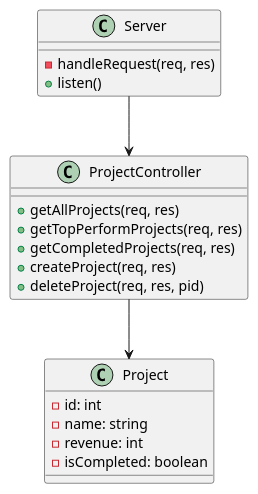
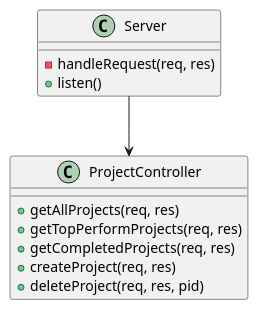
Before and after one commit to haturusinghe/project-dashboard-angular: the diagram in diagrams/nodejs/nodejs.md, drawn with PlantUML. The commit also changed 1 other file, not shown here.

Commit message:
updated diagreams

````diff
--- a/diagrams/nodejs/nodejs.md
+++ b/diagrams/nodejs/nodejs.md
@@ -1,31 +3,23 @@
 ```plantuml
 
 @startuml
 class ProjectController {
   +getAllProjects(req, res)
   +getTopPerformProjects(req, res)
   +getCompletedProjects(req, res)
   +createProject(req, res)
   +deleteProject(req, res, pid)
 }
 
 class Server {
   -handleRequest(req, res)
   +listen()
 }
 
-class Project {
-  -id: int
-  -name: string
-  -revenue: int
-  -isCompleted: boolean
-}
-
-ProjectController --> Project 
 
 Server --> ProjectController 
 
 @enduml
 
 
 ```
````
